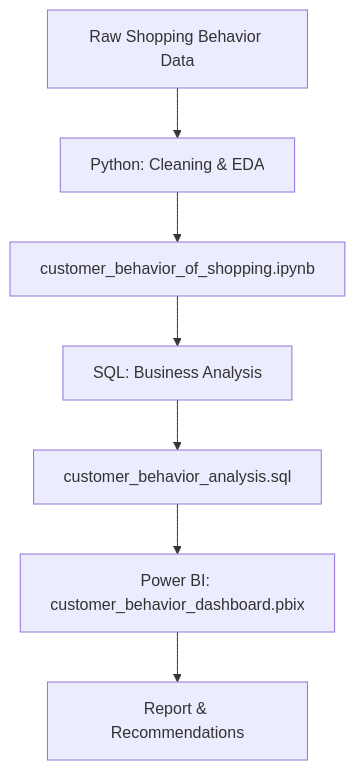
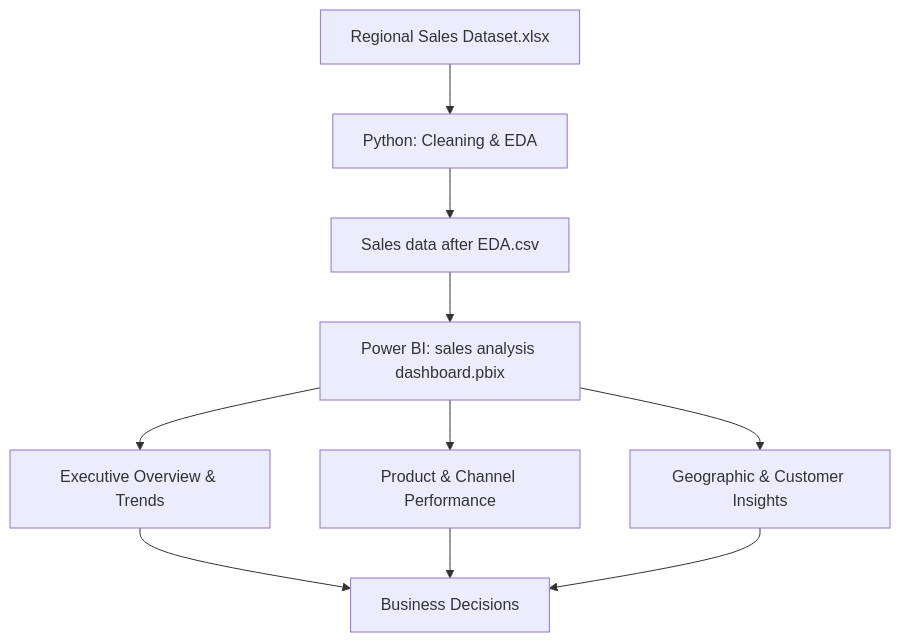
Before and after one commit to faizan171103/sales_analytics: the diagram in README.md, drawn with Mermaid. The commit also changed other lines of this file, not shown here.

First line of the commit message:
Revise README for Sales Analytics Project

````diff
--- a/README.md
+++ b/README.md
@@ -28,9 +30,12 @@
 ```mermaid
 flowchart TD
-    A[Raw Shopping Behavior Data] --> B[Python: Cleaning & EDA]
-    B --> C[customer_behavior_of_shopping.ipynb]
-    C --> D[SQL: Business Analysis]
-    D --> E[customer_behavior_analysis.sql]
-    E --> F[Power BI: customer_behavior_dashboard.pbix]
-    F --> G[Report & Recommendations]
+    A[Regional Sales Dataset.xlsx] --> B[Python: Cleaning & EDA]
+    B --> C[Sales data after EDA.csv]
+    C --> D[Power BI: sales analysis dashboard.pbix]
+    D --> E[Executive Overview & Trends]
+    D --> F[Product & Channel Performance]
+    D --> G[Geographic & Customer Insights]
+    E --> H[Business Decisions]
+    F --> H
+    G --> H
 ```
````
